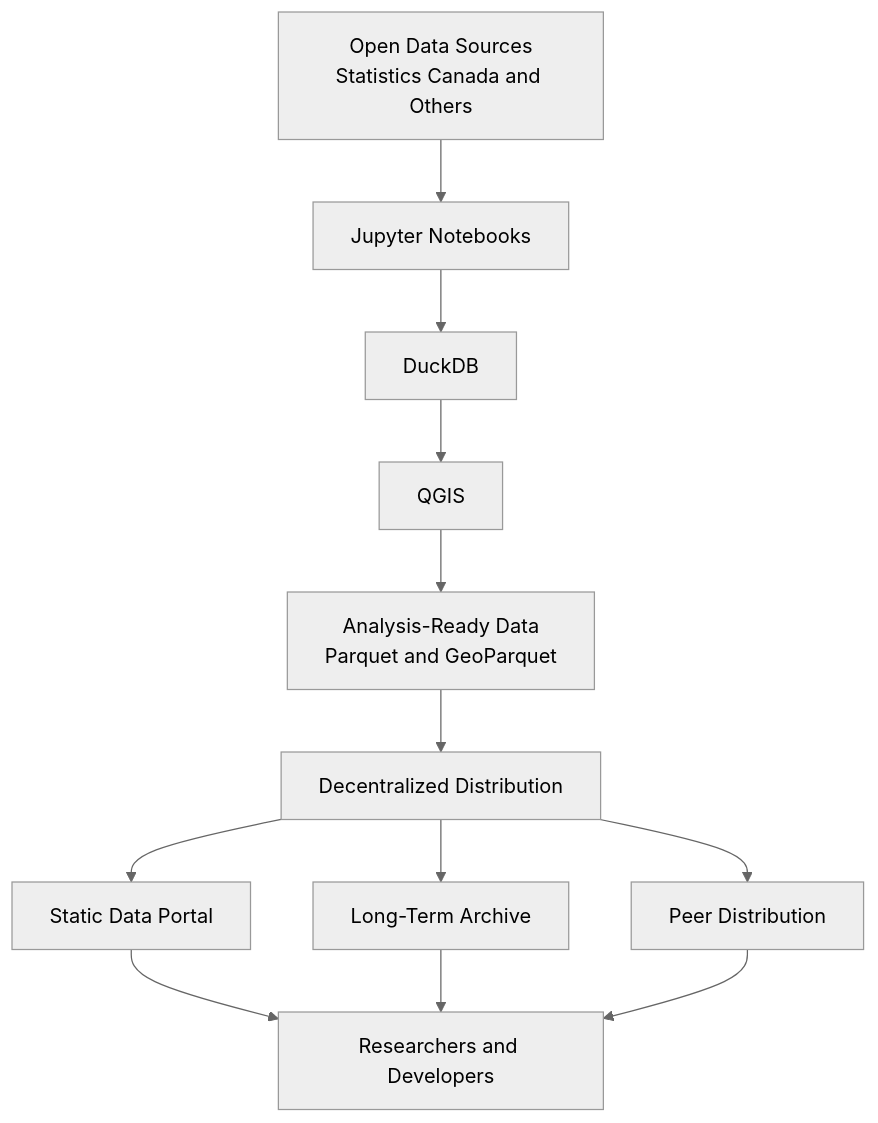
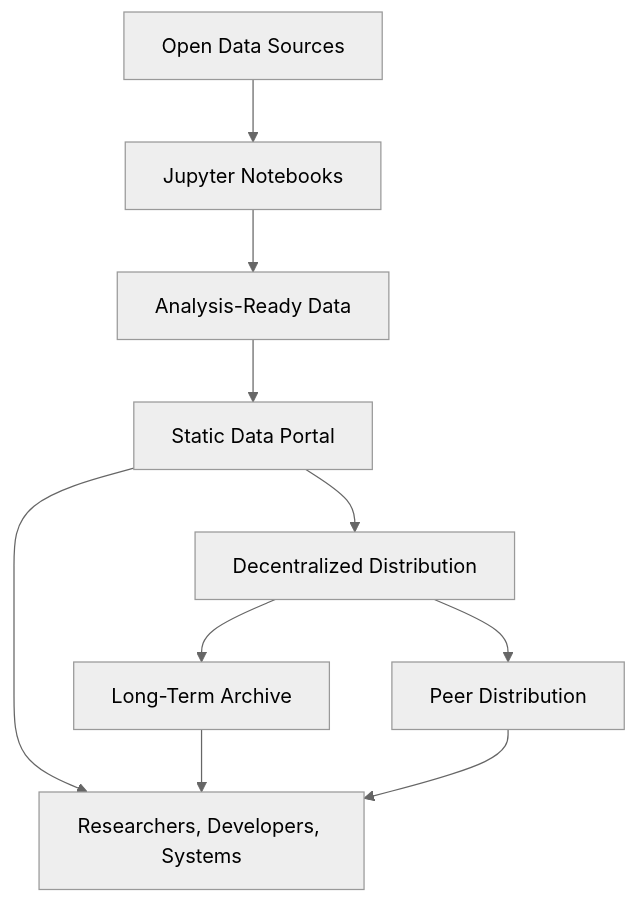
One commit to dataforcanada/www.dataforcanada.org changed the diagram in content/docs/dissemination/_index.md. Above: the diagram before and after it, drawn with Mermaid (neutral theme). The commit also changed 1 other file, not shown here.

Commit message:
Simplified diagrams

````diff
--- a/content/docs/dissemination/_index.md
+++ b/content/docs/dissemination/_index.md
@@ -19,35 +19,29 @@
 ```mermaid
 
 flowchart TD
-    Sources[Open Data Sources<br/>Statistics Canada and Others]
+    Sources[Open Data Sources]
 
     Notebook[Jupyter Notebooks]
-    DuckDB[DuckDB]
-    QGIS[QGIS]
 
-    Artifacts[Analysis-Ready Data<br/>Parquet and GeoParquet]
+    Artifacts[Analysis-Ready Data]
 
+    Portal[Static Data Portal]
     Distribution[Decentralized Distribution]
 
-    Portal[Static Data Portal]
     Zenodo[Long-Term Archive]
     Torrent[Peer Distribution]
 
-    Users[Researchers and Developers]
+    Users[Researchers, Developers, Systems]
 
     Sources --> Notebook
-    Notebook --> DuckDB
-    DuckDB --> QGIS
-    QGIS --> Artifacts
+    Notebook --> Artifacts
+    Artifacts --> Portal
+    Portal --> Distribution
 
-    Artifacts --> Distribution
-
-    Distribution --> Portal
     Distribution --> Zenodo
     Distribution --> Torrent
 
     Portal --> Users
     Zenodo --> Users
     Torrent --> Users
-
 ```
````
